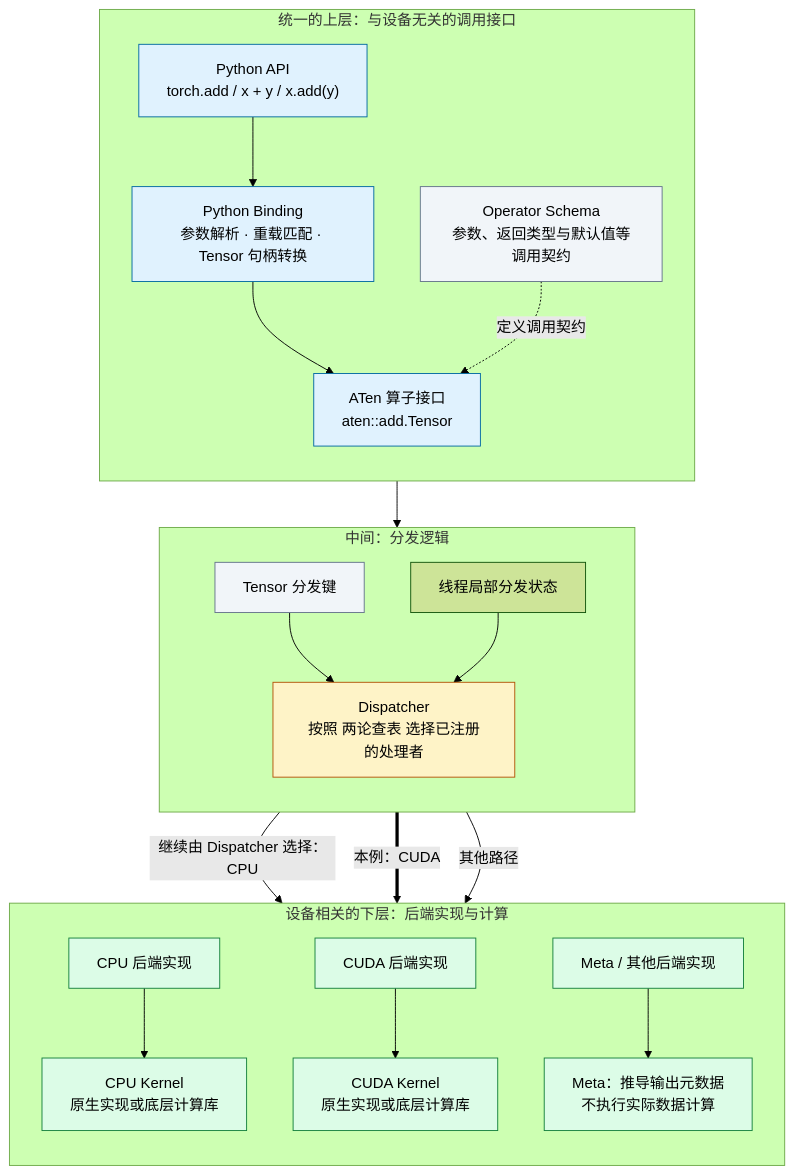
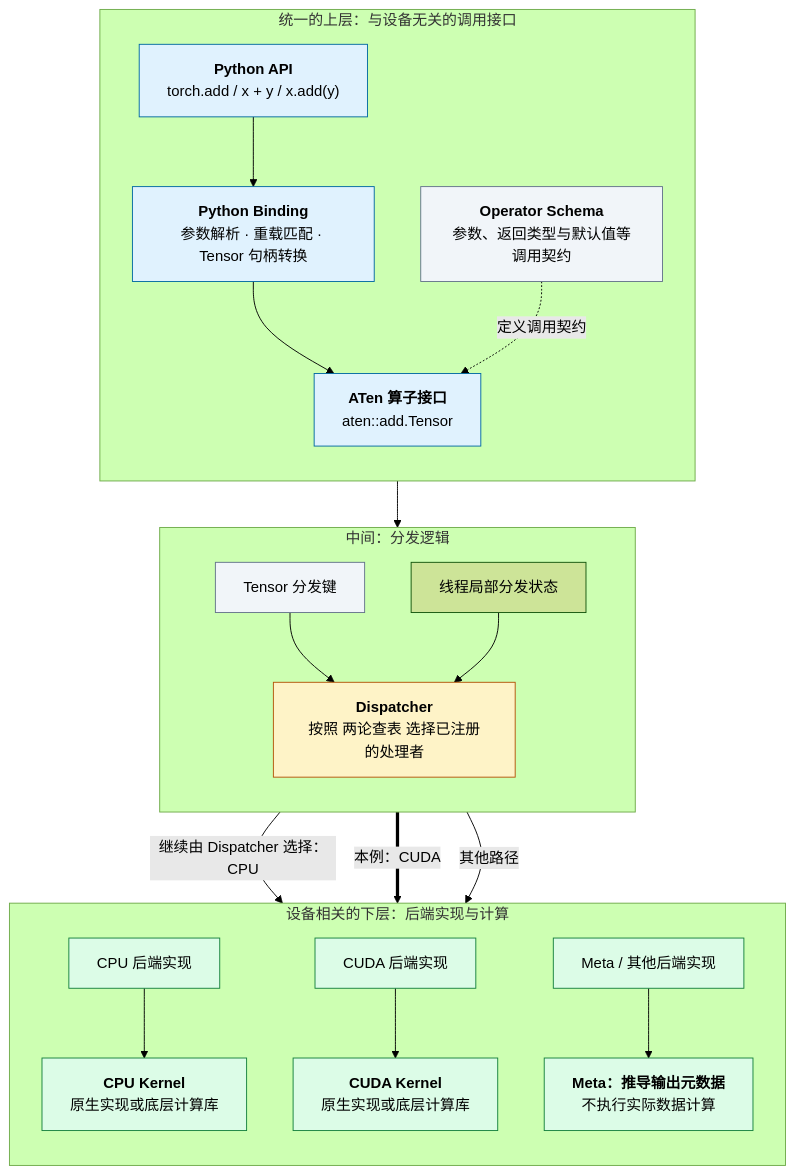
One commit to arganzheng/arganzheng.github.com changed the second of 5 diagrams in _posts/2026-02-17-pytorch-overall-introduction.md. Above: the diagram before and after it, drawn with Mermaid (forest theme). The commit also changed other lines of this file and 10 other files, not shown here.

First line of the commit message:
PyTorch 深度实践：从 Tensor 到深度学习运行时：Mermaid 多行方框的首行标为标题（11 篇）

````diff
--- a/_posts/2026-02-17-pytorch-overall-introduction.md
+++ b/_posts/2026-02-17-pytorch-overall-introduction.md
@@ -733,53 +733,53 @@
 ```mermaid
 flowchart TB
     subgraph UP["统一的上层：与设备无关的调用接口"]
         direction TB
-        A["Python API<br/>torch.add / x + y / x.add(y)"]
-        B["Python Binding<br/>参数解析 · 重载匹配 · Tensor 句柄转换"]
-        C["ATen 算子接口<br/>aten::add.Tensor"]
-        S["Operator Schema<br/>参数、返回类型与默认值等调用契约"]
+        A["<b>Python API</b><br/>torch.add / x + y / x.add(y)"]
+        B["<b>Python Binding</b><br/>参数解析 · 重载匹配 · Tensor 句柄转换"]
+        C["<b>ATen 算子接口</b><br/>aten::add.Tensor"]
+        S["<b>Operator Schema</b><br/>参数、返回类型与默认值等调用契约"]
 
         A --> B --> C
         S -.->|定义调用契约| C
     end
 
     subgraph MID["中间：分发逻辑"]
         direction TB
         K["Tensor 分发键"]
         T["线程局部分发状态"]
-        D["Dispatcher<br/>按照 两论查表 选择已注册的处理者"]
+        D["<b>Dispatcher</b><br/>按照 两论查表 选择已注册的处理者"]
 
         K --> D
         T --> D
     end
 
     subgraph LOW["设备相关的下层：后端实现与计算"]
         direction TB
         CPU["CPU 后端实现"]
         CUDA["CUDA 后端实现"]
         META["Meta / 其他后端实现"]
 
-        CK["CPU Kernel<br/>原生实现或底层计算库"]
-        GK["CUDA Kernel<br/>原生实现或底层计算库"]
-        MK["Meta：推导输出元数据<br/>不执行实际数据计算"]
+        CK["<b>CPU Kernel</b><br/>原生实现或底层计算库"]
+        GK["<b>CUDA Kernel</b><br/>原生实现或底层计算库"]
+        MK["<b>Meta：推导输出元数据</b><br/>不执行实际数据计算"]
 
         CPU --> CK
         CUDA --> GK
         META --> MK
     end
 
     C --> D
     D -->|继续由 Dispatcher 选择：CPU| CPU
     D ==>|本例：CUDA| CUDA
     D -->|其他路径| META
 
     classDef api fill:#e0f2fe,stroke:#0369a1;
     classDef contract fill:#f1f5f9,stroke:#64748b;
     classDef dispatch fill:#fef3c7,stroke:#b45309;
     classDef compute fill:#dcfce7,stroke:#15803d;
 
     class A,B,C api;
     class S,K contract;
     class D, dispatch;
     class CPU,CUDA,META,CK,GK,MK compute;
 ```
````
